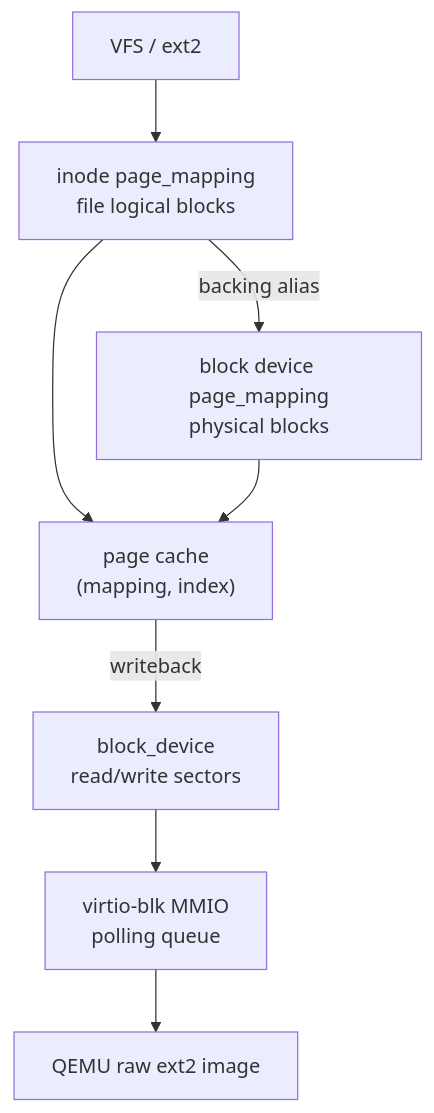
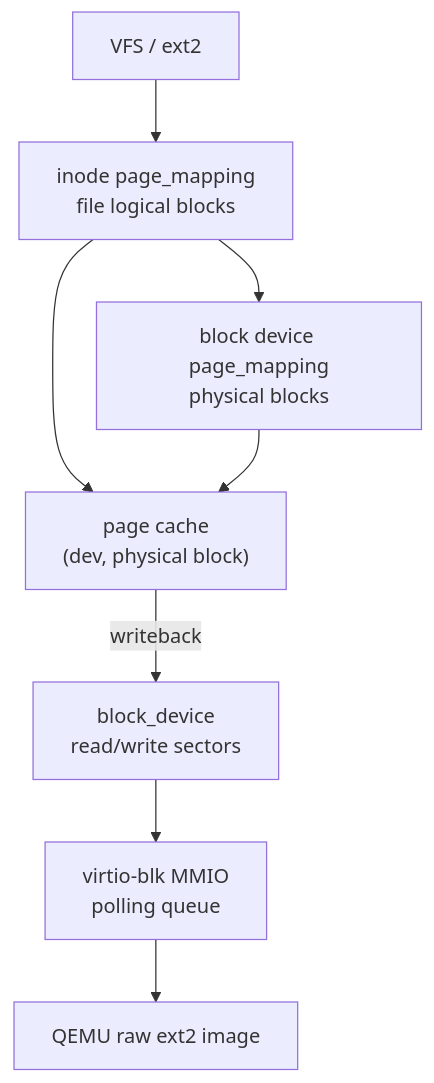
Before and after one commit to pillow-zx/CuteOS: the first of 3 diagrams in docs/architecture/block.md, drawn with Mermaid. The commit also changed other lines of this file and 32 other files, not shown here.

Commit message:
page cache: refactor page cache support

````diff
--- a/docs/architecture/block.md
+++ b/docs/architecture/block.md
@@ -25,15 +25,15 @@
 ```mermaid
 flowchart TB
     VFS["VFS / ext2"]
     InodeMap["inode page_mapping<br/>file logical blocks"]
-    PageCache["page cache<br/>(mapping, index)"]
+    PageCache["page cache<br/>(dev, physical block)"]
     Backing["block device page_mapping<br/>physical blocks"]
     Blkdev["block_device<br/>read/write sectors"]
     Virtio["virtio-blk MMIO<br/>polling queue"]
     Disk["QEMU raw ext2 image"]
 
     VFS --> InodeMap --> PageCache
     PageCache -->|"writeback"| Blkdev
-    InodeMap -->|"backing alias"| Backing --> PageCache
+    InodeMap --> Backing --> PageCache
     Blkdev --> Virtio --> Disk
 ```
````
